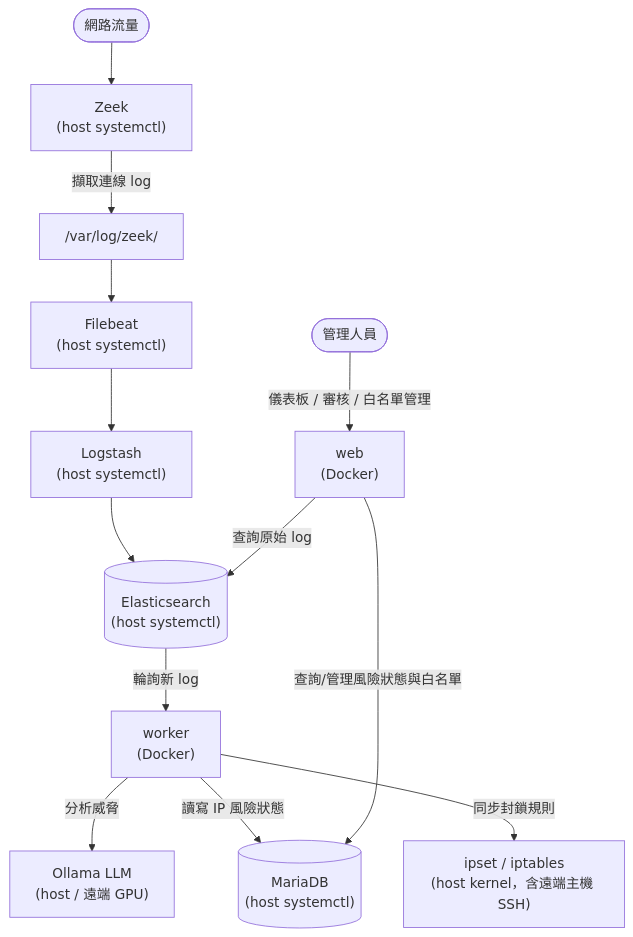
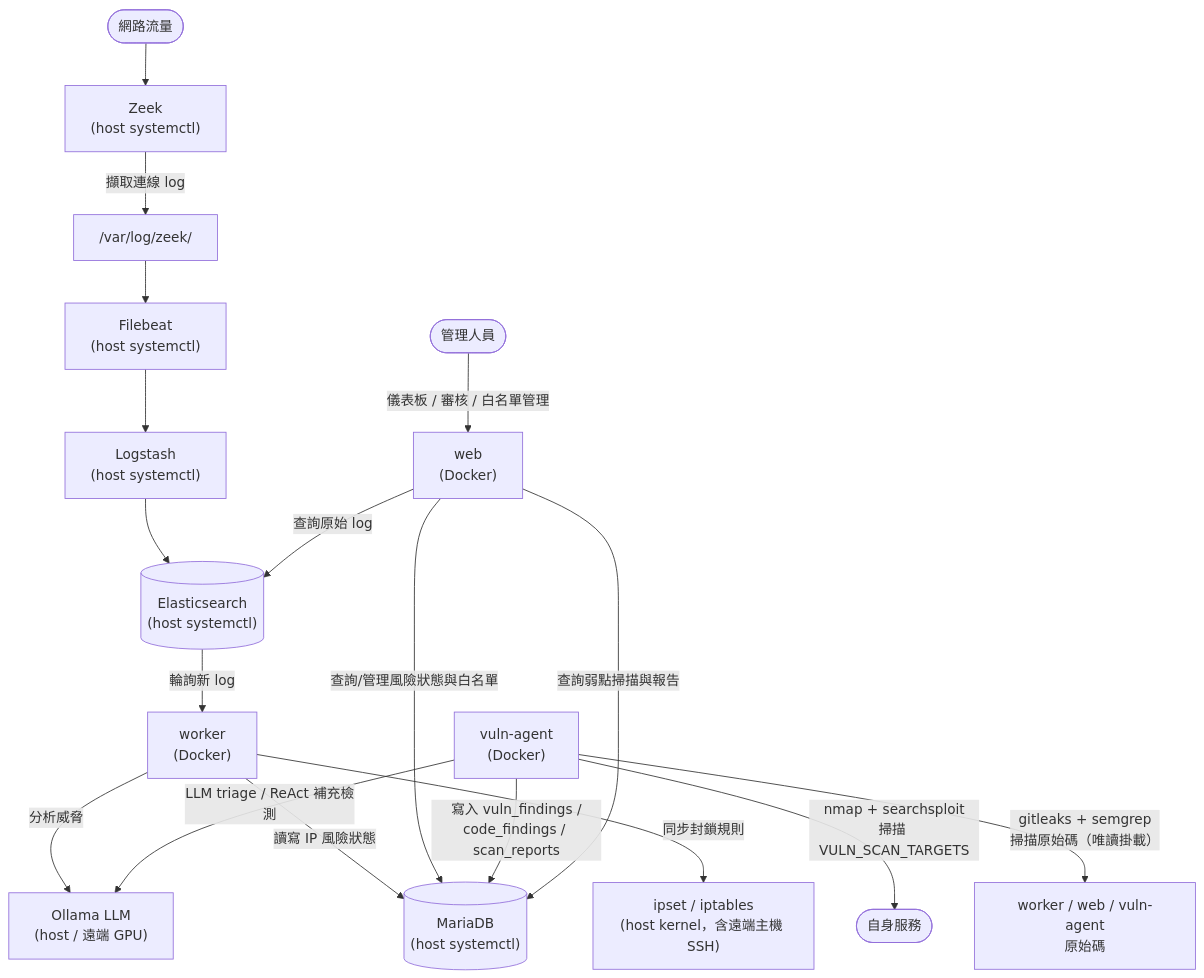
The first of 2 diagrams in README.md (t33287720/Security-System), drawn with Mermaid before and after one commit. The commit also changed 3 other files, not shown here.

First line of the commit message:
vuln-agent 弱點掃描加入網路暴露範圍判斷，README流程圖補上vuln-agent

````diff
--- a/README.md
+++ b/README.md
@@ -11,15 +11,22 @@
 ```mermaid
 flowchart TD
     Net([網路流量]) --> Zeek["Zeek<br/>(host systemctl)"]
     Zeek -->|擷取連線 log| ZeekLog["/var/log/zeek/"]
     ZeekLog --> Filebeat["Filebeat<br/>(host systemctl)"]
     Filebeat --> Logstash["Logstash<br/>(host systemctl)"]
     Logstash --> ES[("Elasticsearch<br/>(host systemctl)")]
     ES -->|輪詢新 log| Worker["worker<br/>(Docker)"]
     Worker -->|分析威脅| Ollama["Ollama LLM<br/>(host / 遠端 GPU)"]
     Worker -->|讀寫 IP 風險狀態| DB[("MariaDB<br/>(host systemctl)")]
     Worker -->|同步封鎖規則| Fw["ipset / iptables<br/>(host kernel，含遠端主機 SSH)"]
     Web["web<br/>(Docker)"] -->|查詢/管理風險狀態與白名單| DB
     Web -->|查詢原始 log| ES
+
+    VulnAgent["vuln-agent<br/>(Docker)"] -->|"nmap + searchsploit<br/>掃描 VULN_SCAN_TARGETS"| Target(["自身服務"])
+    VulnAgent -->|"gitleaks + semgrep<br/>掃描原始碼（唯讀掛載）"| SrcCode["worker / web / vuln-agent<br/>原始碼"]
+    VulnAgent -->|LLM triage / ReAct 補充檢測| Ollama
+    VulnAgent -->|"寫入 vuln_findings /<br/>code_findings / scan_reports"| DB
+    Web -->|查詢弱點掃描與報告| DB
+
     User([管理人員]) -->|儀表板 / 審核 / 白名單管理| Web
 ```
````
